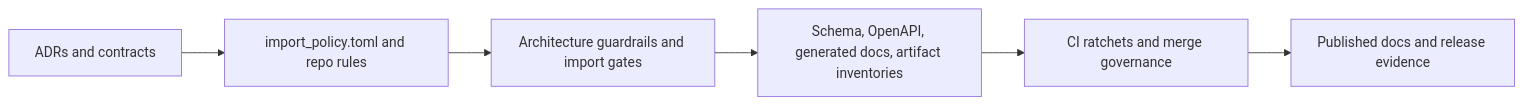
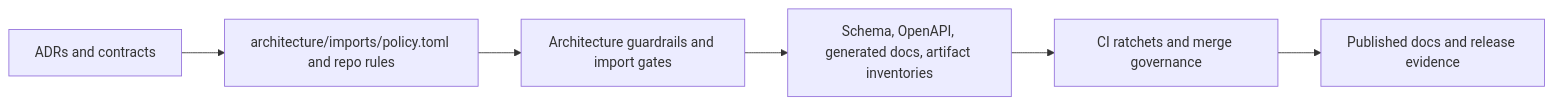
One commit to DenisKopylov/polisyos changed the first of 2 diagrams in policy-engine/docs/explanation/freeze-policy.md. Above: the diagram before and after it, drawn with Mermaid. The commit also changed other lines of this file and 4739 other files, not shown here.

````diff
--- a/policy-engine/docs/explanation/freeze-policy.md
+++ b/policy-engine/docs/explanation/freeze-policy.md
@@ -13,8 +13,8 @@
 ```mermaid
 flowchart LR
-    ADR["ADRs and contracts"] --> Policy["import_policy.toml and repo rules"]
+    ADR["ADRs and contracts"] --> Policy["architecture/imports/policy.toml and repo rules"]
     Policy --> Guard["Architecture guardrails and import gates"]
     Guard --> Snapshots["Schema, OpenAPI, generated docs, artifact inventories"]
     Snapshots --> Ratchet["CI ratchets and merge governance"]
     Ratchet --> Release["Published docs and release evidence"]
 ```
````
